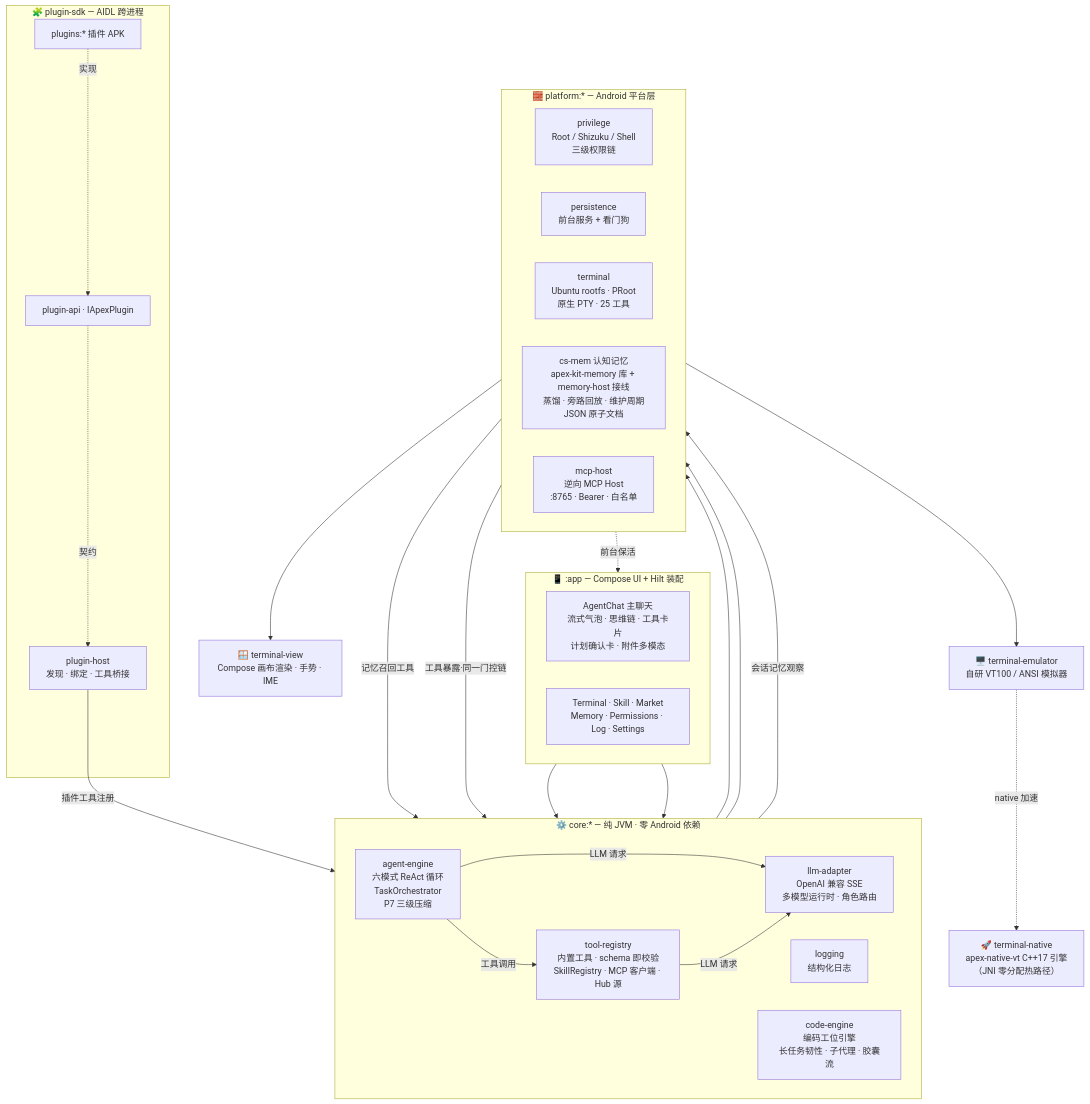
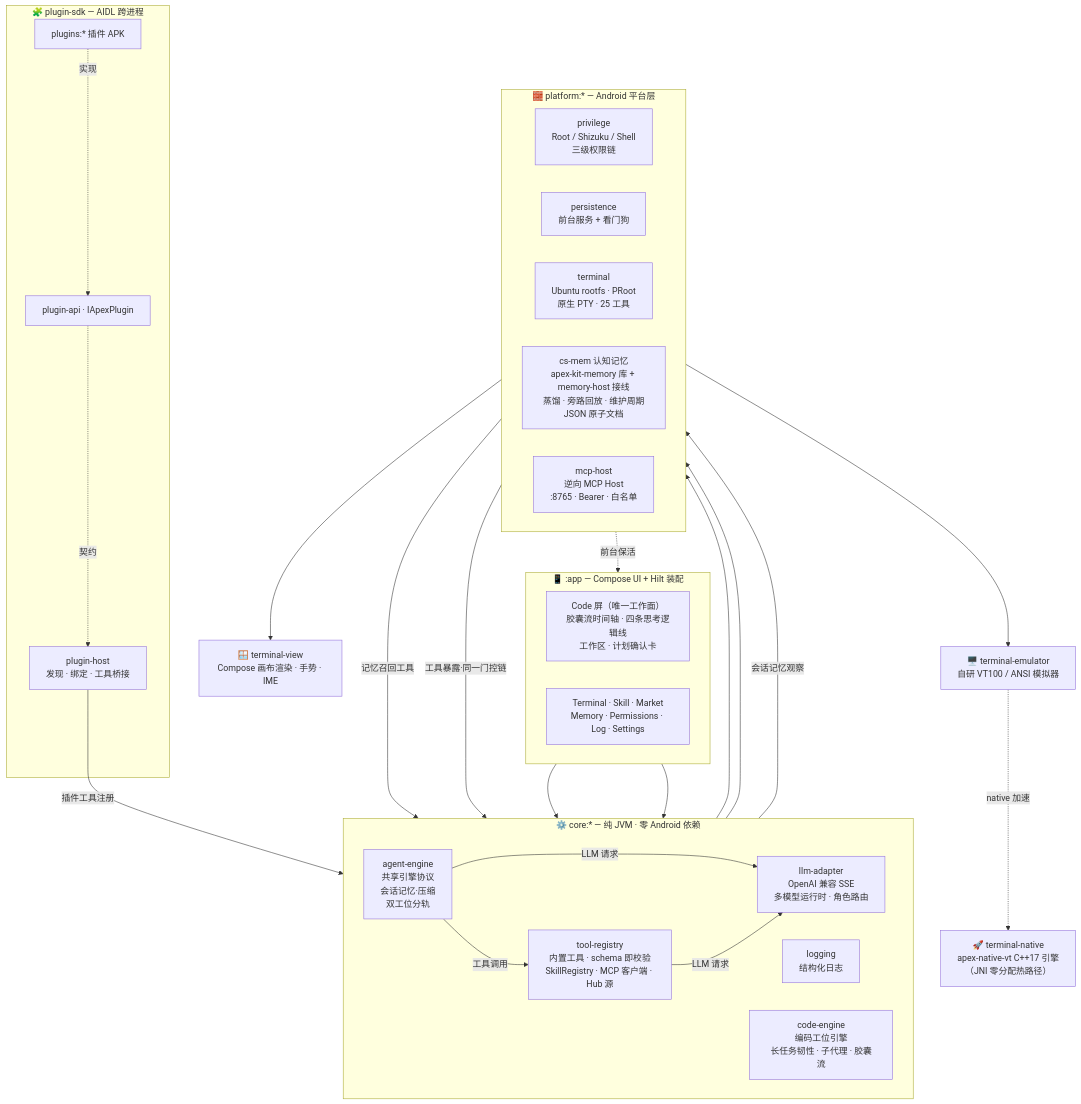
One commit to Ultra-Guru/Android-Guru-Agent changed the first of 4 diagrams in README.md. Above: the diagram before and after it, drawn with Mermaid. The commit also changed other lines of this file and 16 other files, not shown here.

````diff
--- a/README.md
+++ b/README.md
@@ -259,54 +260,54 @@
 ```mermaid
 flowchart TB
     subgraph APP["📱 :app — Compose UI + Hilt 装配"]
         direction LR
-        CHAT["AgentChat 主聊天<br/>流式气泡 · 思维链 · 工具卡片<br/>计划确认卡 · 附件多模态"]
+        CHAT["Code 屏（唯一工作面）<br/>胶囊流时间轴 · 四条思考逻辑线<br/>工作区 · 计划确认卡"]
         SCREENS["Terminal · Skill · Market<br/>Memory · Permissions · Log · Settings"]
     end
 
     subgraph CORE["⚙️ core:* — 纯 JVM · 零 Android 依赖"]
         direction LR
-        ENGINE["agent-engine<br/>六模式 ReAct 循环<br/>TaskOrchestrator<br/>P7 三级压缩"]
+        ENGINE["agent-engine<br/>共享引擎协议<br/>会话记忆·压缩<br/>双工位分轨"]
         TOOLS["tool-registry<br/>内置工具 · schema 即校验<br/>SkillRegistry · MCP 客户端 · Hub 源"]
         LLM["llm-adapter<br/>OpenAI 兼容 SSE<br/>多模型运行时 · 角色路由"]
         LOGC["logging<br/>结构化日志"]
         CODEENG["code-engine<br/>编码工位引擎<br/>长任务韧性 · 子代理 · 胶囊流"]
     end
 
     subgraph PLAT["🧱 platform:* — Android 平台层"]
         direction LR
         PRIV["privilege<br/>Root / Shizuku / Shell<br/>三级权限链"]
         PERSIST["persistence<br/>前台服务 + 看门狗"]
         TERM["terminal<br/>Ubuntu rootfs · PRoot<br/>原生 PTY · 25 工具"]
         CSMEM["cs-mem 认知记忆<br/>apex-kit-memory 库 + memory-host 接线<br/>蒸馏 · 旁路回放 · 维护周期<br/>JSON 原子文档"]
         MCPH["mcp-host<br/>逆向 MCP Host<br/>:8765 · Bearer · 白名单"]
     end
 
     VTE["🖥️ terminal-emulator<br/>自研 VT100 / ANSI 模拟器"]
     VTN["🚀 terminal-native<br/>apex-native-vt C++17 引擎<br/>（JNI 零分配热路径）"]
     TVW["🪟 terminal-view<br/>Compose 画布渲染 · 手势 · IME"]
 
     subgraph PLUG["🧩 plugin-sdk — AIDL 跨进程"]
         PAPI["plugin-api · IApexPlugin"]
         PHOST["plugin-host<br/>发现 · 绑定 · 工具桥接"]
         PLUGINS["plugins:* 插件 APK"]
     end
 
     CHAT --> ENGINE
     SCREENS --> ENGINE
     ENGINE -->|工具调用| TOOLS
     ENGINE -->|LLM 请求| LLM
     TOOLS -->|LLM 请求| LLM
     TOOLS --> PRIV
     TOOLS --> TERM
     CSMEM -->|记忆召回工具| TOOLS
     ENGINE -->|会话记忆观察| CSMEM
     TERM --> VTE
     VTE -.native 加速.-> VTN
     TERM --> TVW
     MCPH -->|工具暴露·同一门控链| TOOLS
     PHOST -->|插件工具注册| TOOLS
     PERSIST -.前台保活.-> APP
     PAPI -.契约.-> PHOST
     PLUGINS -.实现.-> PAPI
 ```
````
